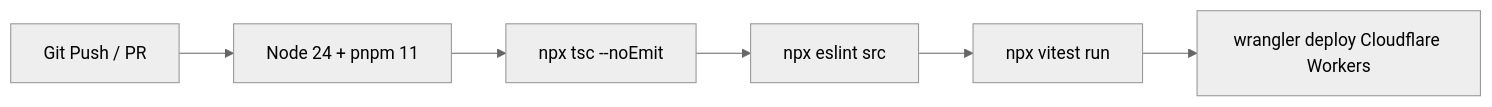
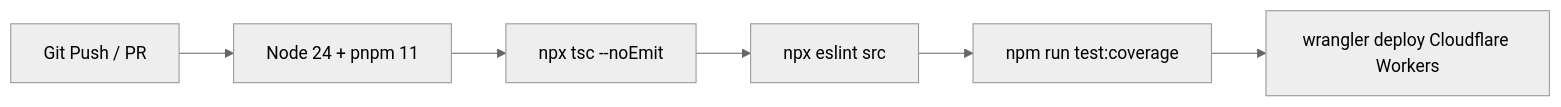
The diagram in docs/4-ta-tech.md (7893/PaddlePal), drawn with Mermaid (neutral theme) before and after one commit. The commit also changed other lines of this file and 6 other files, not shown here.

````diff
--- a/docs/4-ta-tech.md
+++ b/docs/4-ta-tech.md
@@ -67,8 +76,8 @@
 ```mermaid
 flowchart LR
     Push[Git Push / PR] --> Setup[Node 24 + pnpm 11]
     Setup --> TypeCheck[npx tsc --noEmit]
     TypeCheck --> Lint[npx eslint src]
-    Lint --> Test[npx vitest run]
+    Lint --> Test[npm run test:coverage]
     Test --> Deploy[wrangler deploy Cloudflare Workers]
 ```
````
